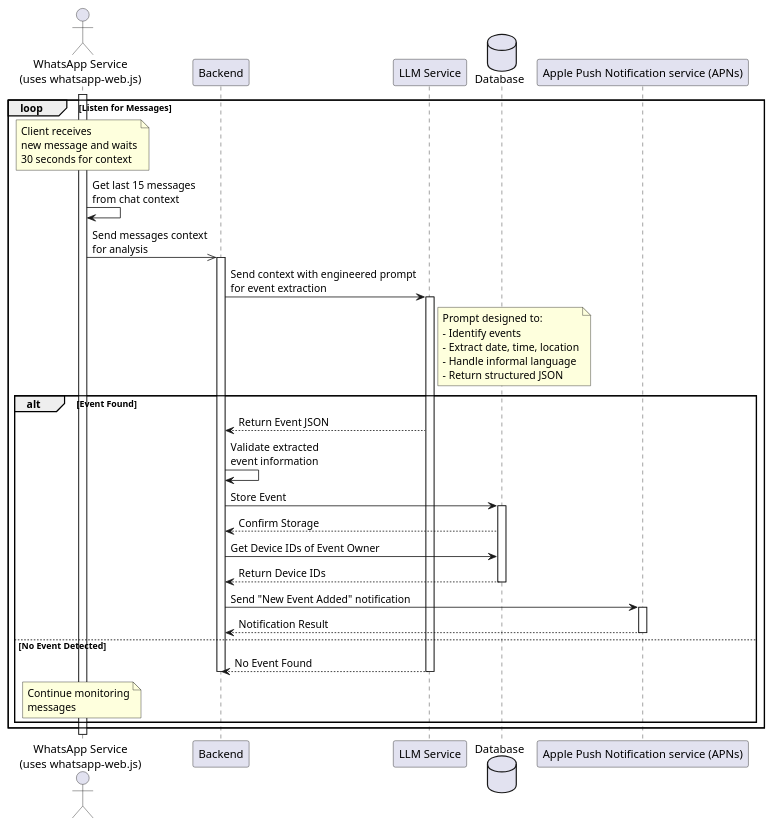
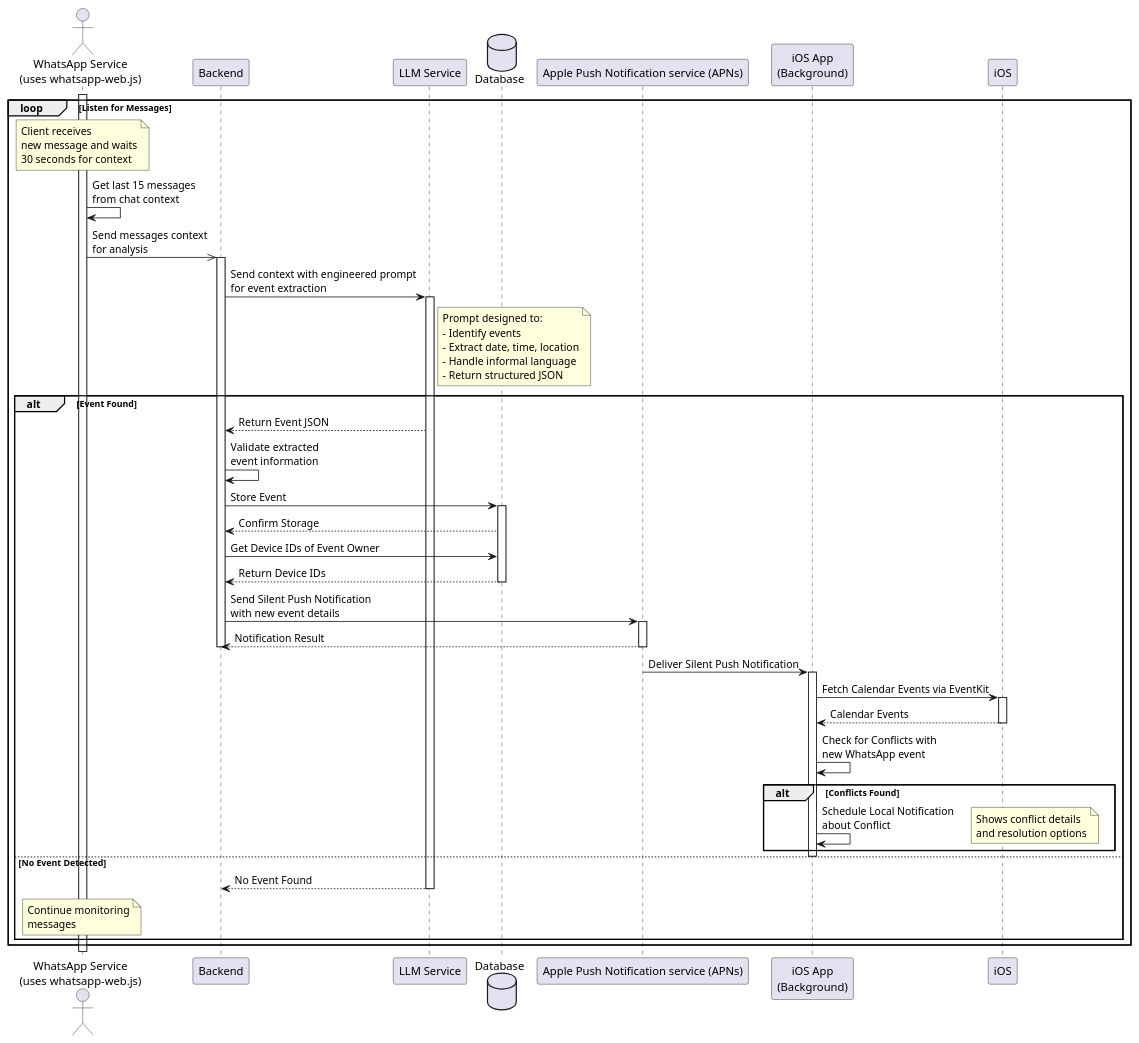
Before and after one commit to jadwalapp/symmetrical-spoon: the eighth of 14 diagrams in docs/diagrams/sequence-diagrams/all-sequence-diagrams.puml, drawn with PlantUML. The commit also changed other lines of this file and 12 other files, not shown here.

```diff
--- a/docs/diagrams/sequence-diagrams/all-sequence-diagrams.puml
+++ b/docs/diagrams/sequence-diagrams/all-sequence-diagrams.puml
@@ -192,40 +204,60 @@
 @startuml Extract Events from WhatsApp
 actor "WhatsApp Service\n(uses whatsapp-web.js)" as WhatsApp
 participant Backend
 participant "LLM Service" as LLM
 database Database
 participant "Apple Push Notification service (APNs)" as APN
+participant "iOS App\n(Background)" as App
+participant "iOS" as iOS
 
 activate WhatsApp
 loop Listen for Messages
     note over WhatsApp: Client receives\nnew message and waits\n30 seconds for context
 
     WhatsApp -> WhatsApp: Get last 15 messages\nfrom chat context
     
     WhatsApp ->> Backend ++: Send messages context\nfor analysis
 
     Backend -> LLM ++: Send context with engineered prompt\nfor event extraction
     note right of LLM: Prompt designed to:\n- Identify events\n- Extract date, time, location\n- Handle informal language\n- Return structured JSON
     
     alt Event Found
         LLM --> Backend: Return Event JSON
         
         Backend -> Backend: Validate extracted\nevent information
         
         Backend -> Database ++: Store Event
         Database --> Backend: Confirm Storage
 
         Backend -> Database: Get Device IDs of Event Owner
         Database --> Backend --: Return Device IDs
         
-        Backend -> APN ++: Send "New Event Added" notification
+        Backend -> APN ++: Send Silent Push Notification\nwith new event details
         APN --> Backend --: Notification Result
+        deactivate Backend
+        
+        APN -> App: Deliver Silent Push Notification
+        activate App
+        
+        App -> iOS: Fetch Calendar Events via EventKit
+        activate iOS
+        iOS --> App: Calendar Events
+        deactivate iOS
+        
+        App -> App: Check for Conflicts with\nnew WhatsApp event
+        
+        alt Conflicts Found
+            App -> App: Schedule Local Notification\nabout Conflict
+            note right: Shows conflict details\nand resolution options
+        end
+        
+        deactivate App
         
     else No Event Detected
         LLM --> Backend --: No Event Found
         deactivate Backend
         note over WhatsApp: Continue monitoring\nmessages
     end
 end
 
 @enduml
```
